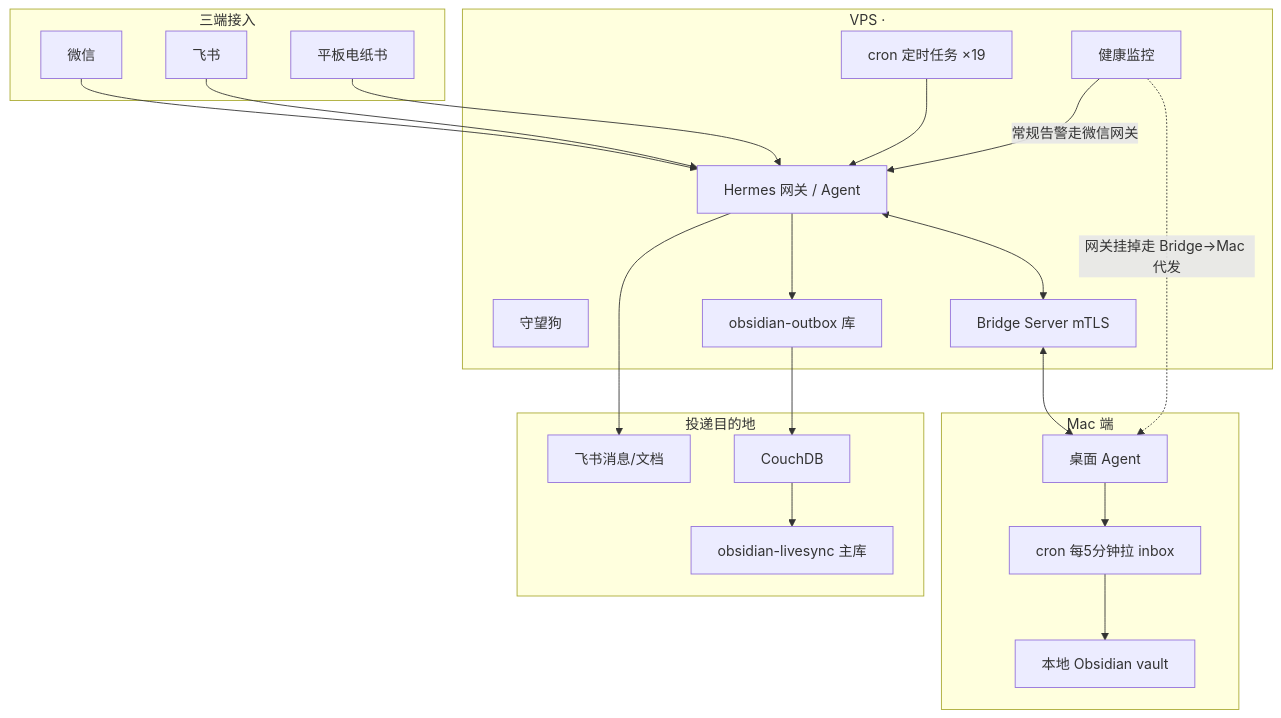
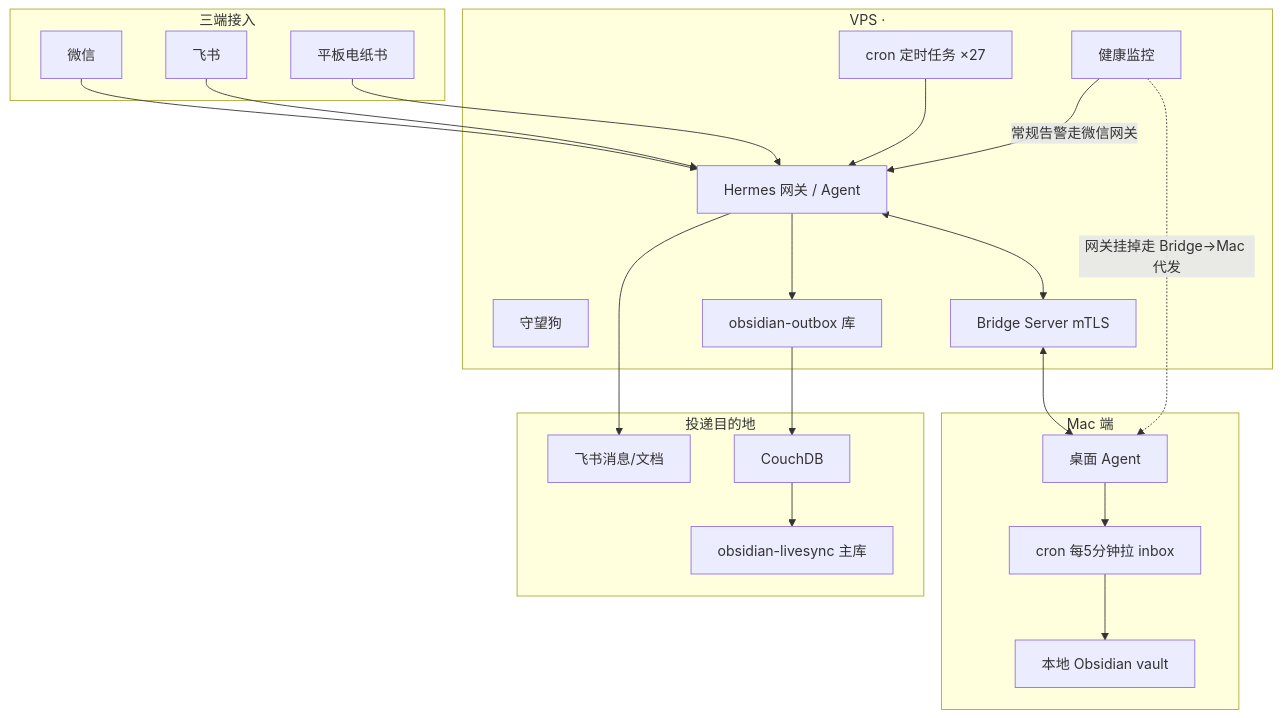
Before and after one commit to wangq32801-dev/assistant-os: the diagram in docs/architecture.md, drawn with Mermaid. The commit also changed other lines of this file and 3 other files, not shown here.

````diff
--- a/docs/architecture.md
+++ b/docs/architecture.md
@@ -7,37 +7,37 @@
 ```mermaid
 flowchart TB
     subgraph clients[三端接入]
         WX[微信]
         FS[飞书]
         PAD[平板电纸书]
     end
     subgraph vps[VPS · <YOUR_SERVER_IP>]
         GW[Hermes 网关 / Agent]
-        CRON[cron 定时任务 ×19]
+        CRON[cron 定时任务 ×27]
         MON[健康监控]
         DOG[守望狗]
         BR[Bridge Server mTLS]
         OUTBOX[obsidian-outbox 库]
     end
     subgraph mac[Mac 端]
         MACA[桌面 Agent]
         PULL[cron 每5分钟拉 inbox]
         VAULT[本地 Obsidian vault]
     end
     subgraph sinks[投递目的地]
         FSAPI[飞书消息/文档]
         COUCH[CouchDB]
         MAIN[obsidian-livesync 主库]
     end
 
     WX --> GW
     FS --> GW
     PAD --> GW
     CRON --> GW
     GW --> FSAPI
     GW --> OUTBOX --> COUCH --> MAIN
     GW <--> BR <--> MACA
     MACA --> PULL --> VAULT
     MON -->|常规告警走微信网关| GW
     MON -.->|网关挂掉走 Bridge→Mac 代发| MACA
 ```
````
